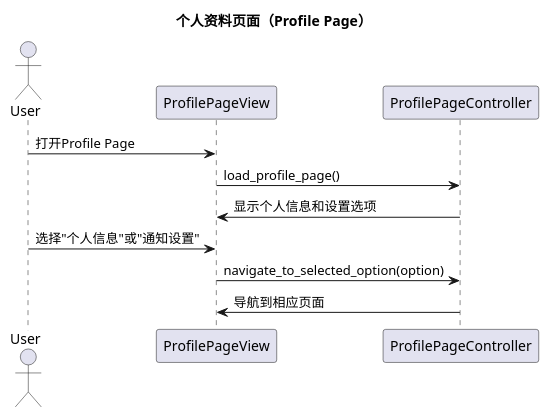
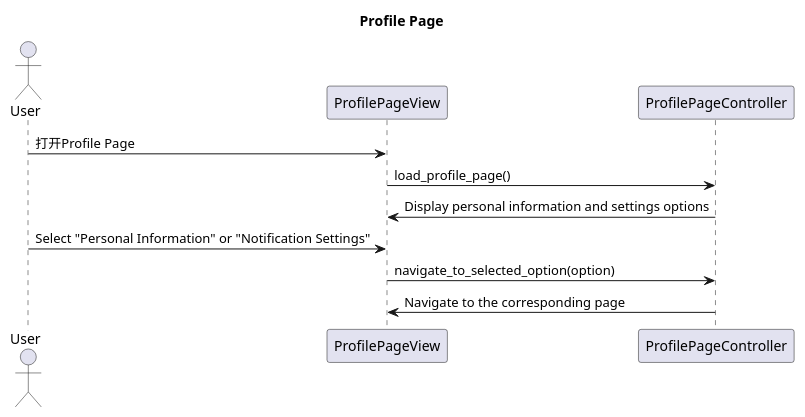
One commit to violeteye1234/group23_COMPS350F changed the seventh of 16 diagrams in planning/class_diagrams.md. Above: the diagram before and after it, drawn with PlantUML. The commit also changed other lines of this file, not shown here.

````diff
--- a/planning/class_diagrams.md
+++ b/planning/class_diagrams.md
@@ -236,16 +236,16 @@
 ```plantuml
 @startuml
-title 个人资料页面（Profile Page）
+title Profile Page
 
 actor User
 participant "ProfilePageView" as View
 participant "ProfilePageController" as Controller
 
 User -> View: 打开Profile Page
 View -> Controller: load_profile_page()
-Controller -> View: 显示个人信息和设置选项
-User -> View: 选择"个人信息"或"通知设置"
+Controller -> View: Display personal information and settings options
+User -> View: Select "Personal Information" or "Notification Settings"
 View -> Controller: navigate_to_selected_option(option)
-Controller -> View: 导航到相应页面
+Controller -> View: Navigate to the corresponding page
 @enduml
 ```
````
